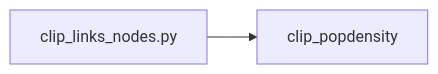
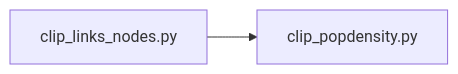
One commit to anu-kuncheria/mobiliti-network changed the diagram in clip_regions/README.md. Above: the diagram before and after it, drawn with Mermaid. The commit also changed 1 other file, not shown here.

````diff
--- a/clip_regions/README.md
+++ b/clip_regions/README.md
@@ -5,4 +5,4 @@
 ```mermaid
 graph LR;
-    clip_links_nodes.py-->clip_popdensity;
+    clip_links_nodes.py-->clip_popdensity.py;
 ```
````
